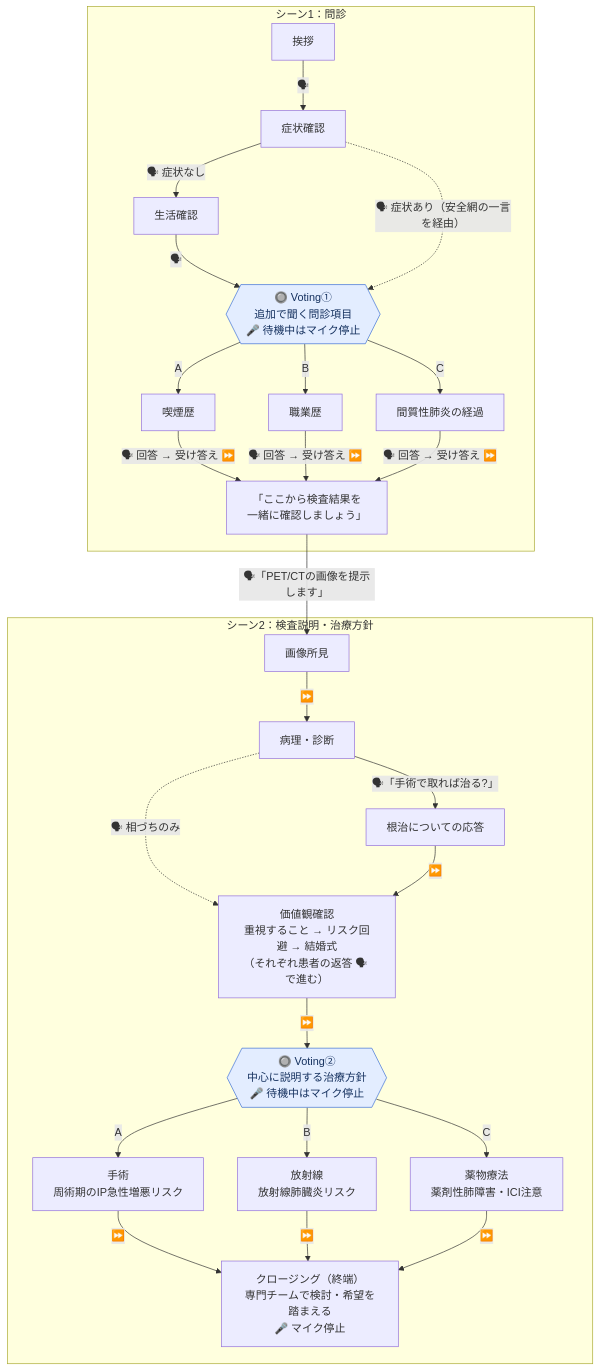
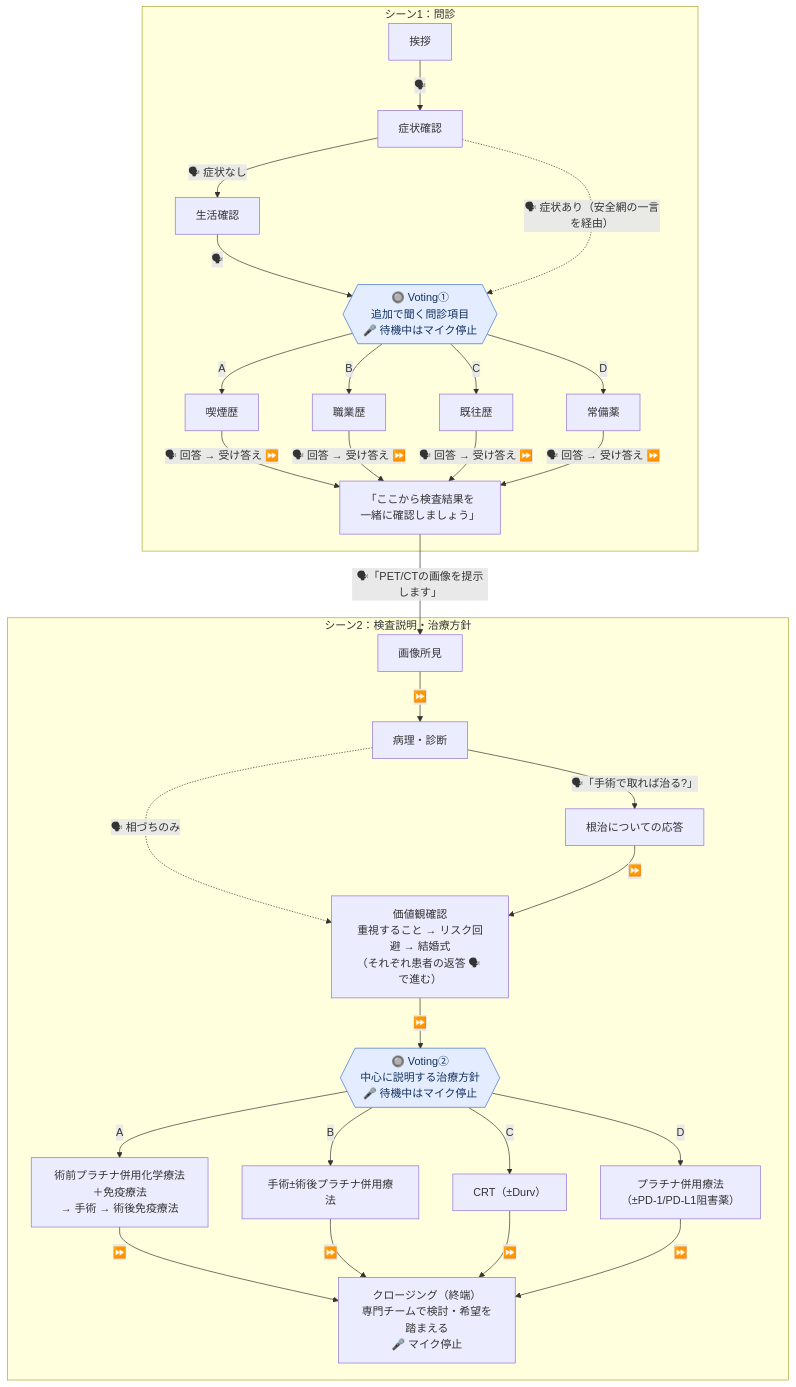
One commit to Kohei-Arita/yamamoto-avatar-scenario changed the first of 3 diagrams in README.md. Above: the diagram before and after it, drawn with Mermaid. The commit also changed other lines of this file and 9 other files, not shown here.

````diff
--- a/README.md
+++ b/README.md
@@ -32,26 +32,28 @@
 ```mermaid
 flowchart TD
   classDef vote fill:#e3edff,stroke:#3b6fd8,color:#15315f
   subgraph S1["シーン1：問診"]
     A[挨拶] -->|🗣| B[症状確認]
     B -->|"🗣 症状なし"| C[生活確認]
     C -->|🗣| V1{{"🔘 Voting①<br/>追加で聞く問診項目<br/>🎤 待機中はマイク停止"}}:::vote
     B -.->|"🗣 症状あり（安全網の一言を経由）"| V1
     V1 -->|A| Q1[喫煙歴]
     V1 -->|B| Q2[職業歴]
-    V1 -->|C| Q3[間質性肺炎の経過]
-    Q1 & Q2 & Q3 -->|"🗣 回答 → 受け答え ⏩"| D["「ここから検査結果を<br/>一緒に確認しましょう」"]
+    V1 -->|C| Q3[既往歴]
+    V1 -->|D| Q4[常備薬]
+    Q1 & Q2 & Q3 & Q4 -->|"🗣 回答 → 受け答え ⏩"| D["「ここから検査結果を<br/>一緒に確認しましょう」"]
   end
   D -->|"🗣「PET/CTの画像を提示します」"| E
   subgraph S2["シーン2：検査説明・治療方針"]
     E[画像所見] -->|⏩| F[病理・診断]
     F -->|"🗣「手術で取れば治る?」"| G["根治についての応答"]
     F -.->|"🗣 相づちのみ"| H
     G -->|⏩| H["価値観確認<br/>重視すること → リスク回避 → 結婚式<br/>（それぞれ患者の返答 🗣 で進む）"]
     H -->|⏩| V2{{"🔘 Voting②<br/>中心に説明する治療方針<br/>🎤 待機中はマイク停止"}}:::vote
-    V2 -->|A| T1["手術<br/>周術期のIP急性増悪リスク"]
-    V2 -->|B| T2["放射線<br/>放射線肺臓炎リスク"]
-    V2 -->|C| T3["薬物療法<br/>薬剤性肺障害・ICI注意"]
-    T1 & T2 & T3 -->|⏩| Z["クロージング（終端）<br/>専門チームで検討・希望を踏まえる<br/>🎤 マイク停止"]
+    V2 -->|A| T1["術前プラチナ併用化学療法＋免疫療法<br/>→ 手術 → 術後免疫療法"]
+    V2 -->|B| T2["手術±術後プラチナ併用療法"]
+    V2 -->|C| T3["CRT（±Durv）"]
+    V2 -->|D| T4["プラチナ併用療法<br/>（±PD-1/PD-L1阻害薬）"]
+    T1 & T2 & T3 & T4 -->|⏩| Z["クロージング（終端）<br/>専門チームで検討・希望を踏まえる<br/>🎤 マイク停止"]
   end
 ```
````
